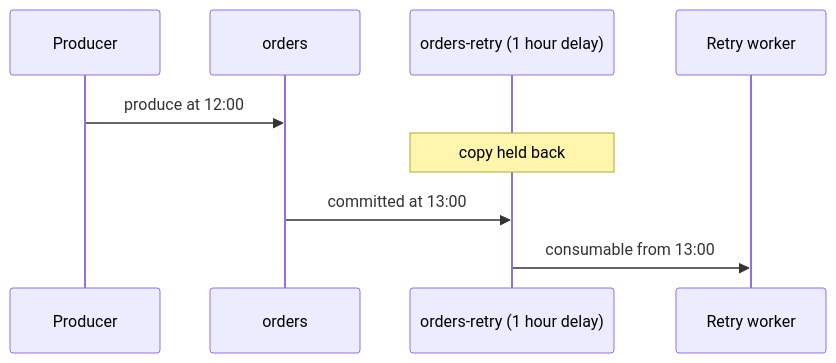
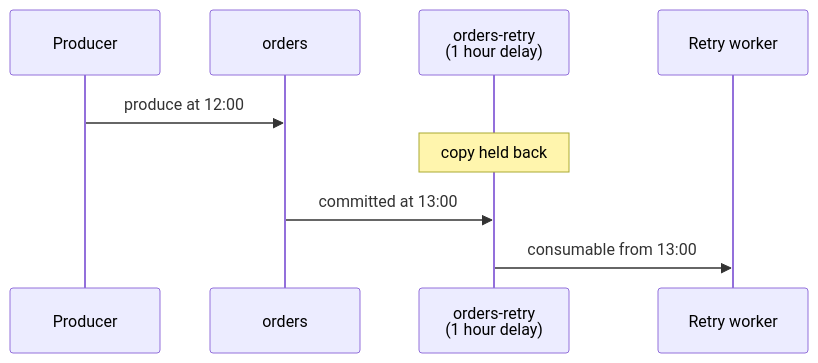
The second of 2 diagrams in docs/build/fanout-and-delay.md (DebanganThakuria/narad), drawn with Mermaid before and after one commit. The commit also changed 44 other files, not shown here.

````diff
--- a/docs/build/fanout-and-delay.md
+++ b/docs/build/fanout-and-delay.md
@@ -178,13 +178,13 @@
 ```mermaid
 sequenceDiagram
     accTitle: A message through a one-hour delay child
     accDescr: A producer writes to orders at 12:00. The copy for orders-retry exists but is held back. At 13:00 it is committed to orders-retry, and the retry worker can consume it from then on.
     participant P as Producer
     participant O as orders
-    participant R as orders-retry (1 hour delay)
+    participant R as orders-retry<br/>(1 hour delay)
     participant W as Retry worker
     P->>O: produce at 12:00
     Note over R: copy held back
     O->>R: committed at 13:00
     R->>W: consumable from 13:00
 ```
````
